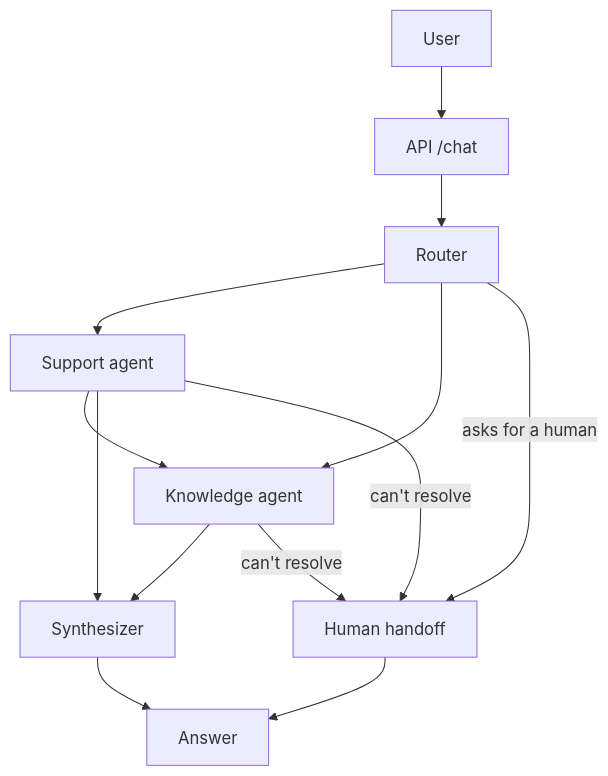
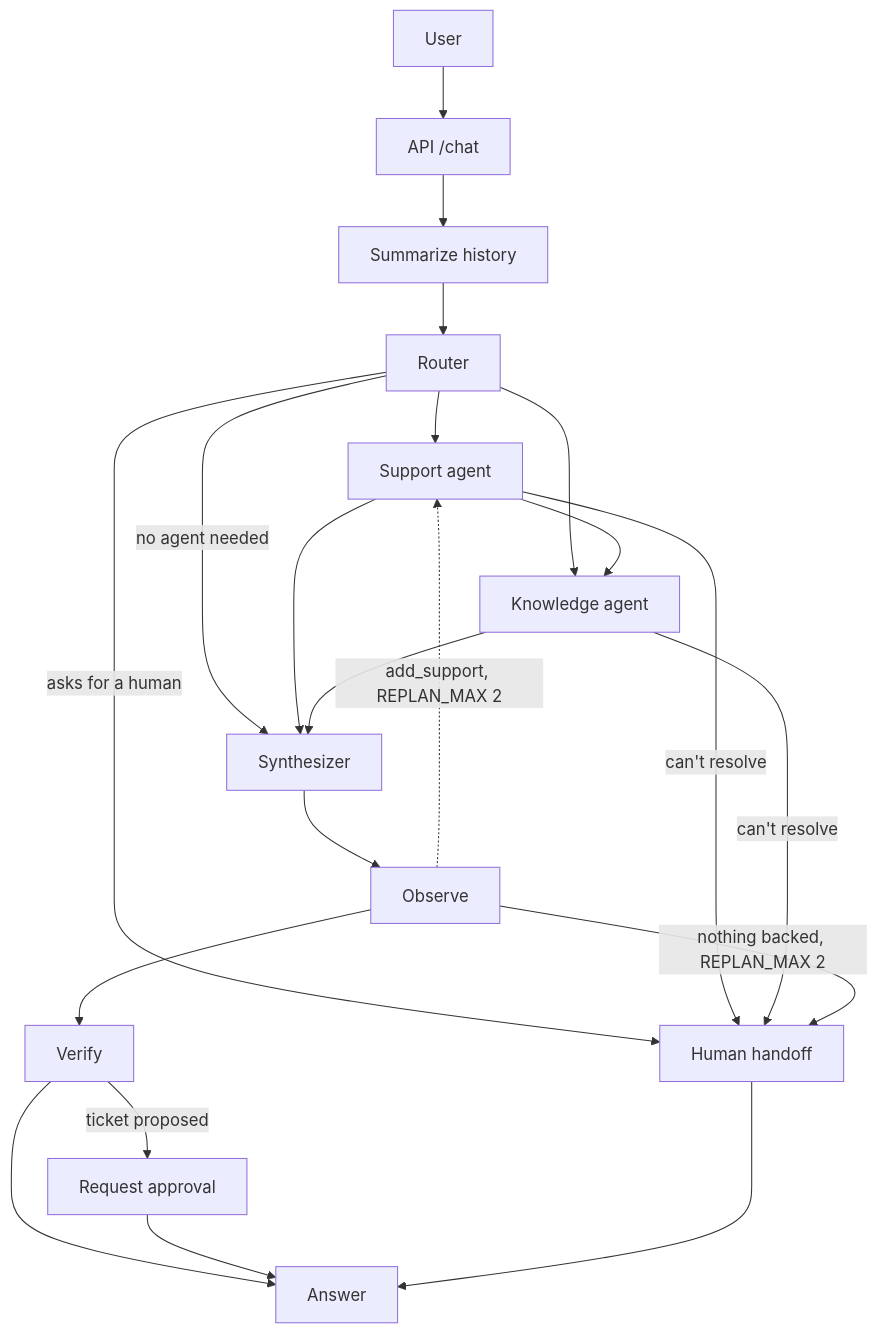
One commit to presichi910/Challenge_GetNet changed the diagram in README.md. Above: the diagram before and after it, drawn with Mermaid. The commit also changed other lines of this file and 3 other files, not shown here.

Commit message:
Docs: bring README, SPEC, CLAUDE.md and FINAL_REPORT in line with the code (observe, add_support, RS256 and JWKS, webhook)

````diff
--- a/README.md
+++ b/README.md
@@ -13,15 +13,23 @@
 ```mermaid
 flowchart TD
     U[User] --> API[API /chat]
-    API --> R[Router]
+    API --> M[Summarize history]
+    M --> R[Router]
     R --> S[Support agent]
     R --> K[Knowledge agent]
     S --> K
-    S --> Y[Synthesizer]
+    R -->|no agent needed| Y[Synthesizer]
+    S --> Y
     K --> Y
     R -->|asks for a human| H[Human handoff]
     S -->|can't resolve| H
     K -->|can't resolve| H
-    Y --> A[Answer]
+    Y --> O[Observe]
+    O -.->|add_support, REPLAN_MAX 2| S
+    O -->|nothing backed, REPLAN_MAX 2| H
+    O --> V[Verify]
+    V -->|ticket proposed| P[Request approval]
+    V --> A[Answer]
+    P --> A
     H --> A
 ```
````
